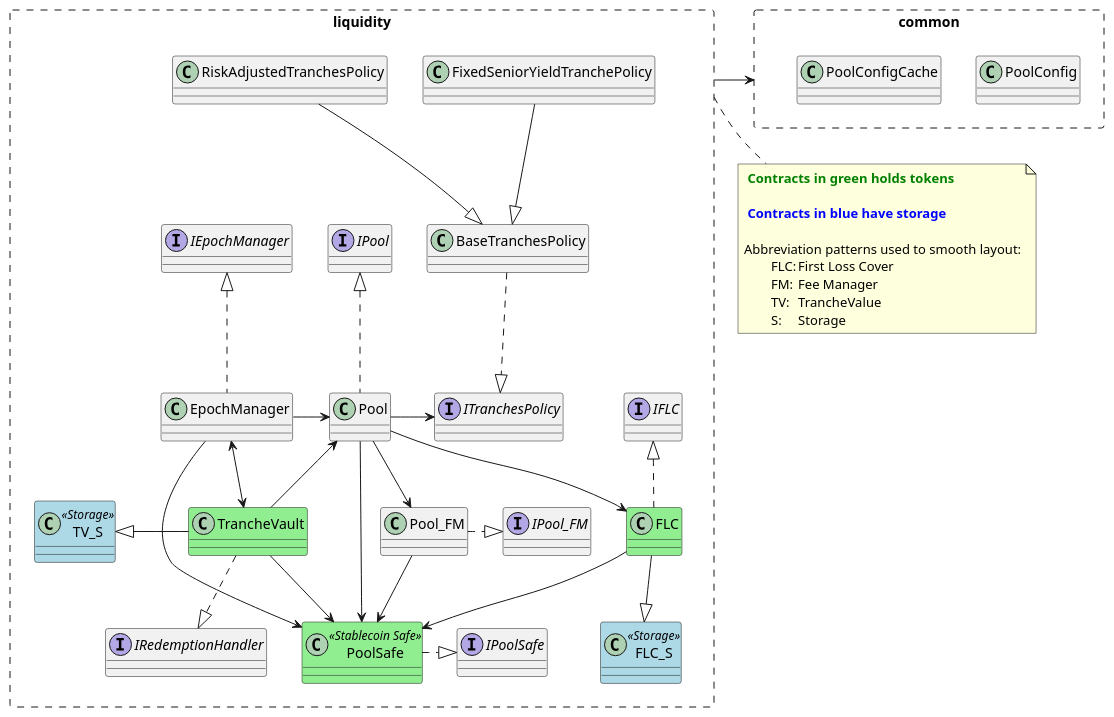
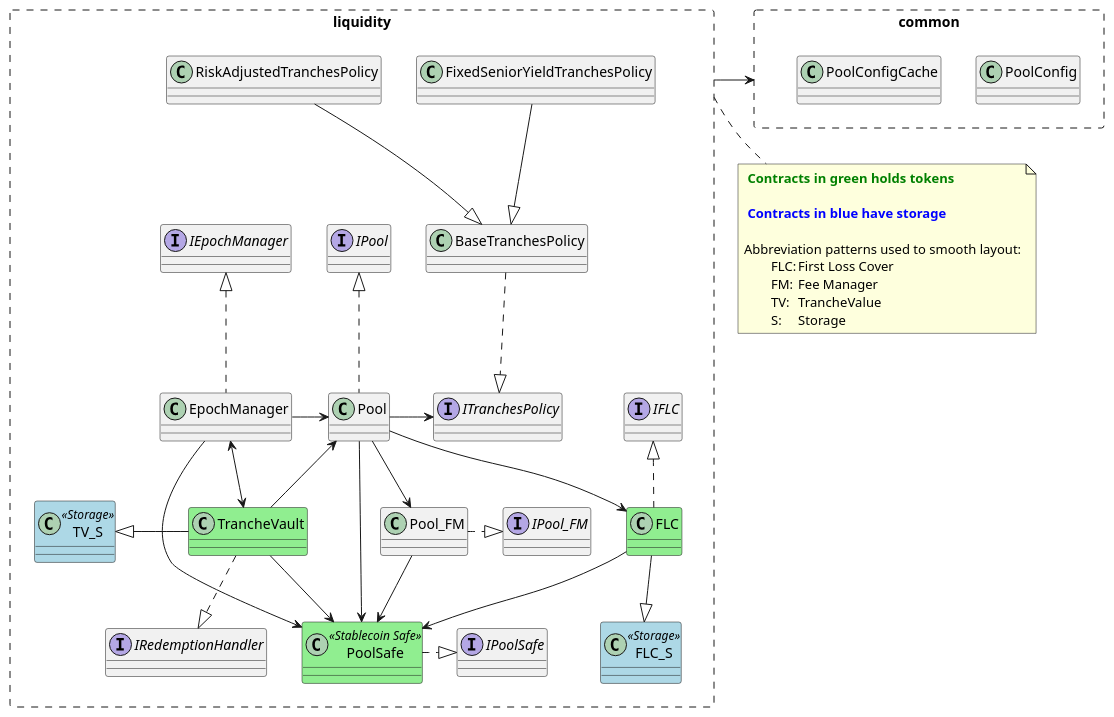
One commit to 00labs/huma-contracts-v2 changed the diagram in docs/umls/class-diagrams/liquidityClassDiagram.puml. Above: the diagram before and after it, drawn with PlantUML. The commit also changed 8 other files, not shown here.

First line of the commit message:
Fix typo in `FixedSeniorYieldTranchesPolicy` contract name

```diff
--- a/docs/umls/class-diagrams/liquidityClassDiagram.puml
+++ b/docs/umls/class-diagrams/liquidityClassDiagram.puml
@@ -1,76 +1,76 @@
 @startuml
 allowmixing
 
 package "common" <<rectangle>> #line.dashed {
   class PoolConfig
   class PoolConfigCache
 }
 
 package "liquidity" <<rectangle>> #line.dashed {
   interface ITranchesPolicy
   interface IEpochManager
   interface IFLC
   interface IPool
   interface IPool_FM
   interface IPoolSafe
   interface IRedemptionHandler
   class PoolSafe <<Stablecoin Safe>> #back:lightgreen
   class Pool
   class Pool_FM
   class EpochManager
   class BaseTranchesPolicy
-  class FixedSeniorYieldTranchePolicy
+  class FixedSeniorYieldTranchesPolicy
   class RiskAdjustedTranchesPolicy
   class FLC #back:lightgreen
   class TrancheVault #back:lightgreen
   class FLC_S <<Storage>> #back:lightblue
   class TV_S <<Storage>> #back:lightblue
 }
 
 
 TrancheVault -left-> Pool
 EpochManager -right-> Pool
 TrancheVault <-up-> EpochManager
 Pool -right-> ITranchesPolicy
 Pool -down-> FLC
 Pool -down-> Pool_FM
 
 Pool --> PoolSafe 
 Pool .up.|> IPool
 EpochManager -down-> PoolSafe
 FLC -right-> PoolSafe
 TrancheVault --> PoolSafe
 Pool_FM --> PoolSafe
 
 BaseTranchesPolicy ..|> ITranchesPolicy
-FixedSeniorYieldTranchePolicy --|> BaseTranchesPolicy
+FixedSeniorYieldTranchesPolicy --|> BaseTranchesPolicy
 RiskAdjustedTranchesPolicy --|> BaseTranchesPolicy
 EpochManager .up.|> IEpochManager
 
 FLC .up.|> IFLC
 FLC -down-|> FLC_S
 
 Pool_FM .right.|> IPool_FM
 
 PoolSafe .right.|> IPoolSafe
 
 TrancheVault ..|> IRedemptionHandler
 TrancheVault -left-|> TV_S
 
 note as N1 
   <b><font color="green"> Contracts in green holds tokens</b>
 
   <b><font color="blue"> Contracts in blue have storage</b>
 
   Abbreviation patterns used to smooth layout:
   \tFLC:\tFirst Loss Cover
   \tFM:\tFee Manager
   \tTV:\tTrancheValue
   \tS:\tStorage
 end note
 
 liquidity .. N1
 
 
 liquidity -right-> common
 @enduml
```
